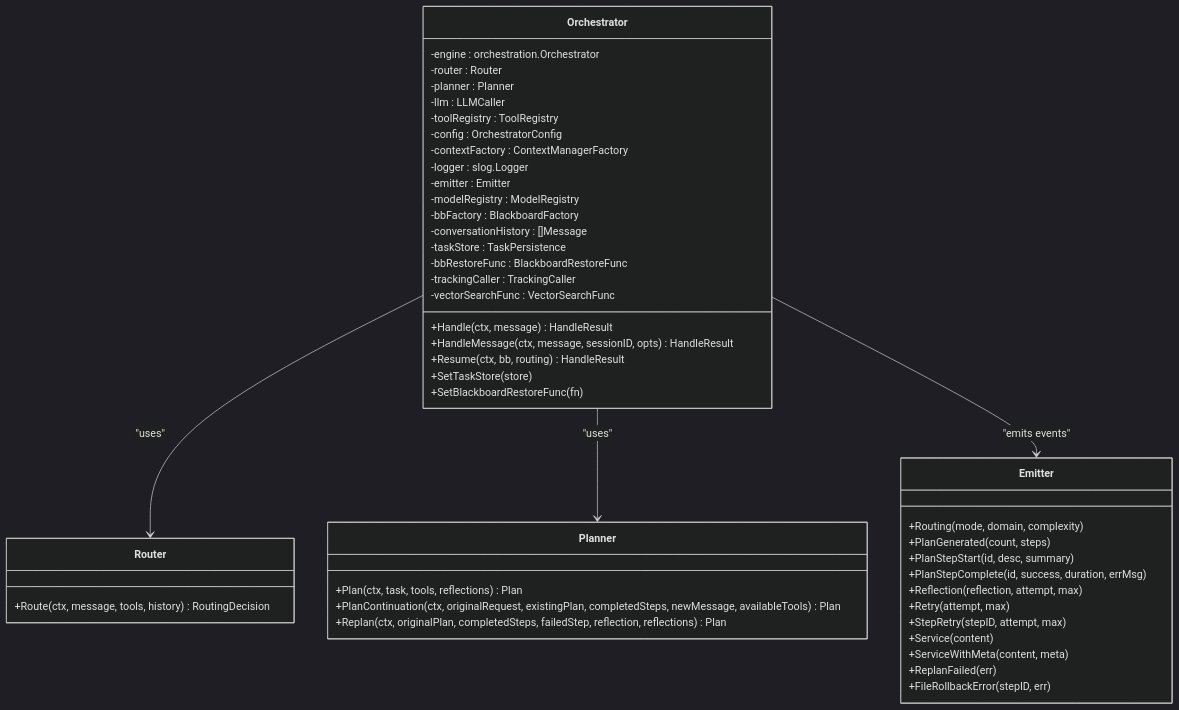
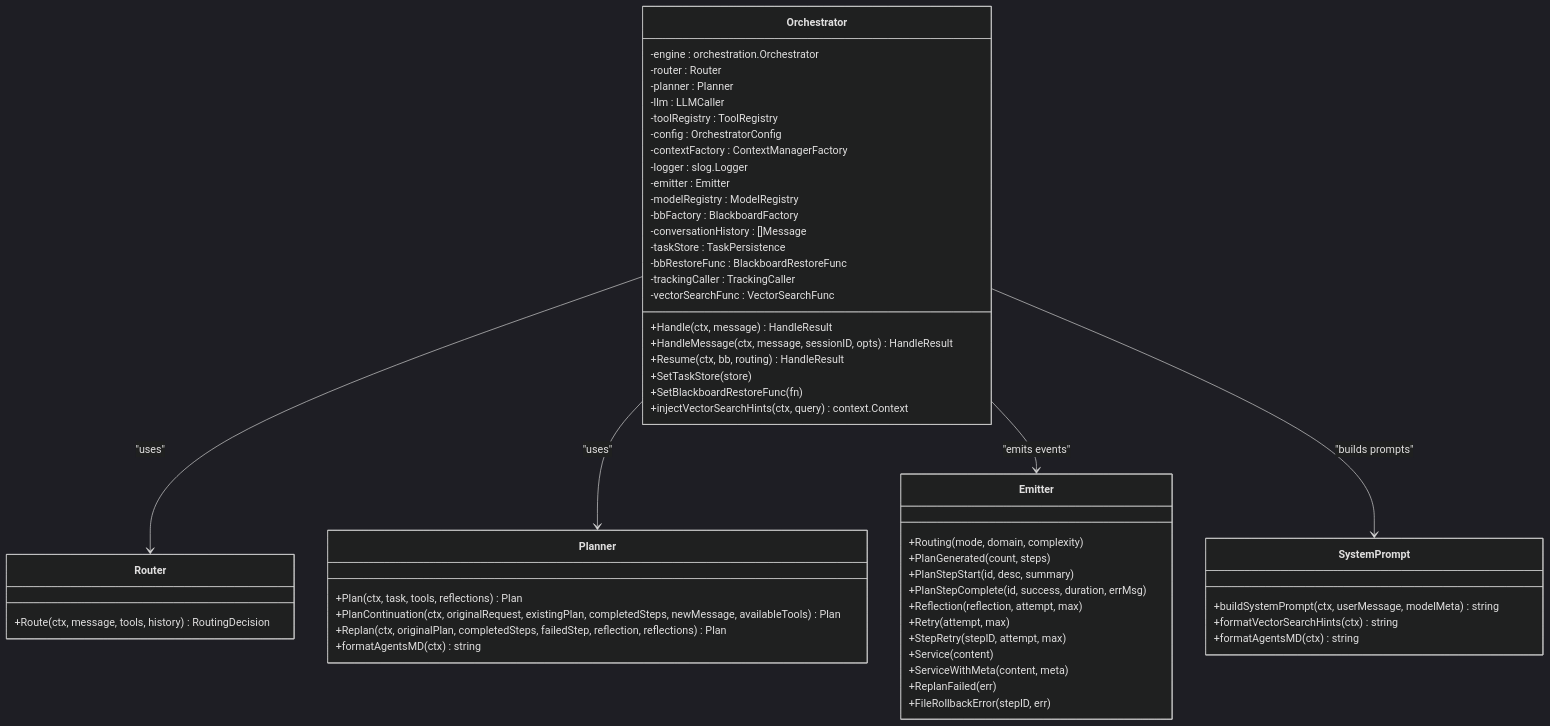
One commit to v0lka/c0wrk changed the third of 13 diagrams in .qoder/repowiki/en/content/Core AI Engine/Orchestrator Architecture.md. Above: the diagram before and after it, drawn with Mermaid (dark theme). The commit also changed other lines of this file and 80 other files, not shown here.

````diff
--- a/.qoder/repowiki/en/content/Core AI Engine/Orchestrator Architecture.md
+++ b/.qoder/repowiki/en/content/Core AI Engine/Orchestrator Architecture.md
@@ -187,50 +214,58 @@
 ```mermaid
 classDiagram
 class Orchestrator {
 -engine : orchestration.Orchestrator
 -router : Router
 -planner : Planner
 -llm : LLMCaller
 -toolRegistry : ToolRegistry
 -config : OrchestratorConfig
 -contextFactory : ContextManagerFactory
 -logger : slog.Logger
 -emitter : Emitter
 -modelRegistry : ModelRegistry
 -bbFactory : BlackboardFactory
 -conversationHistory : []Message
 -taskStore : TaskPersistence
 -bbRestoreFunc : BlackboardRestoreFunc
 -trackingCaller : TrackingCaller
 -vectorSearchFunc : VectorSearchFunc
 +Handle(ctx, message) HandleResult
 +HandleMessage(ctx, message, sessionID, opts) HandleResult
 +Resume(ctx, bb, routing) HandleResult
 +SetTaskStore(store)
 +SetBlackboardRestoreFunc(fn)
++injectVectorSearchHints(ctx, query) context.Context
 }
 class Router {
 +Route(ctx, message, tools, history) RoutingDecision
 }
 class Planner {
 +Plan(ctx, task, tools, reflections) Plan
 +PlanContinuation(ctx, originalRequest, existingPlan, completedSteps, newMessage, availableTools) Plan
 +Replan(ctx, originalPlan, completedSteps, failedStep, reflection, reflections) Plan
++formatAgentsMD(ctx) string
 }
 class Emitter {
 +Routing(mode, domain, complexity)
 +PlanGenerated(count, steps)
 +PlanStepStart(id, desc, summary)
 +PlanStepComplete(id, success, duration, errMsg)
 +Reflection(reflection, attempt, max)
 +Retry(attempt, max)
 +StepRetry(stepID, attempt, max)
 +Service(content)
 +ServiceWithMeta(content, meta)
 +ReplanFailed(err)
 +FileRollbackError(stepID, err)
 }
+class SystemPrompt {
++buildSystemPrompt(ctx, userMessage, modelMeta) string
++formatVectorSearchHints(ctx) string
++formatAgentsMD(ctx) string
+}
 Orchestrator --> Router : "uses"
 Orchestrator --> Planner : "uses"
 Orchestrator --> Emitter : "emits events"
+Orchestrator --> SystemPrompt : "builds prompts"
 ```
````
